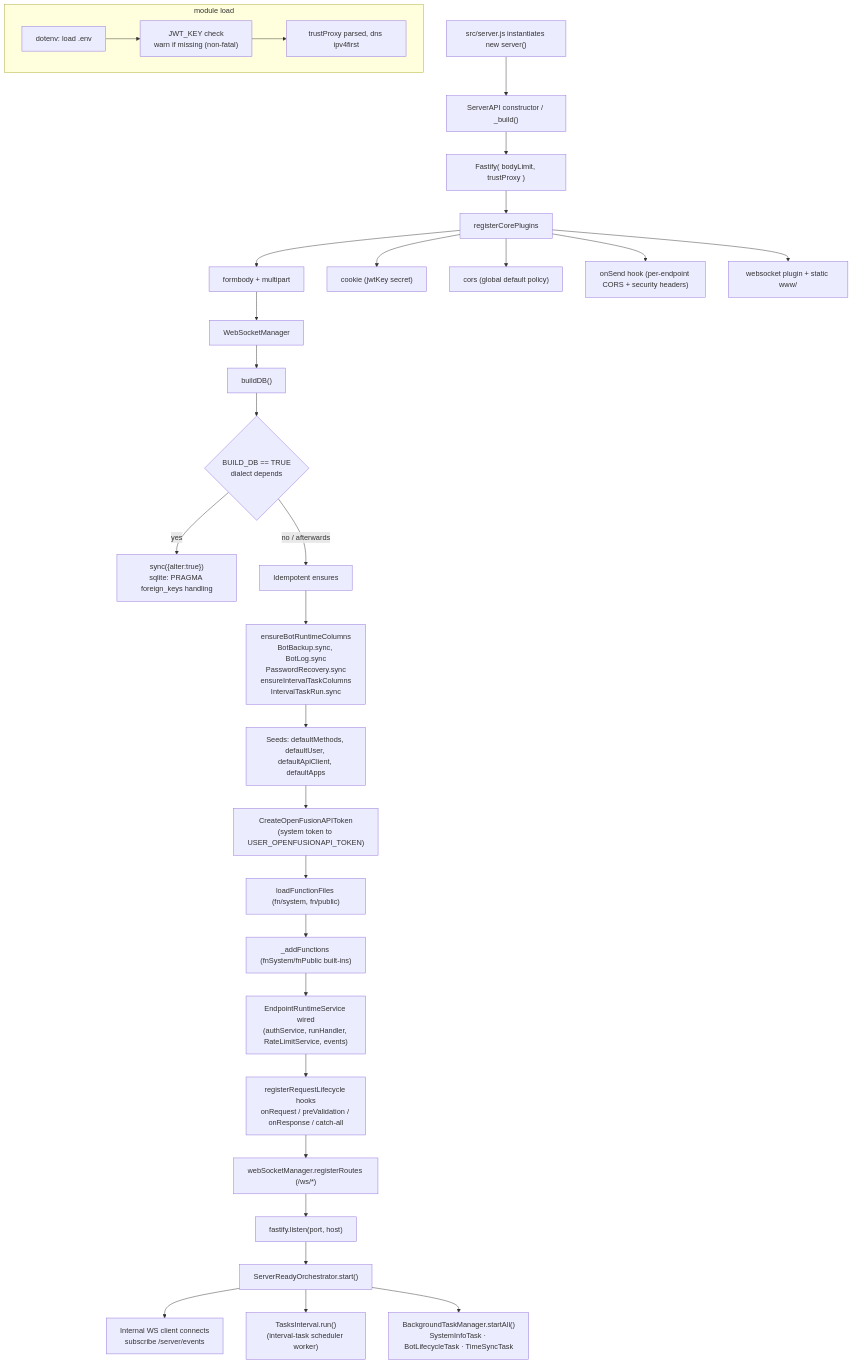
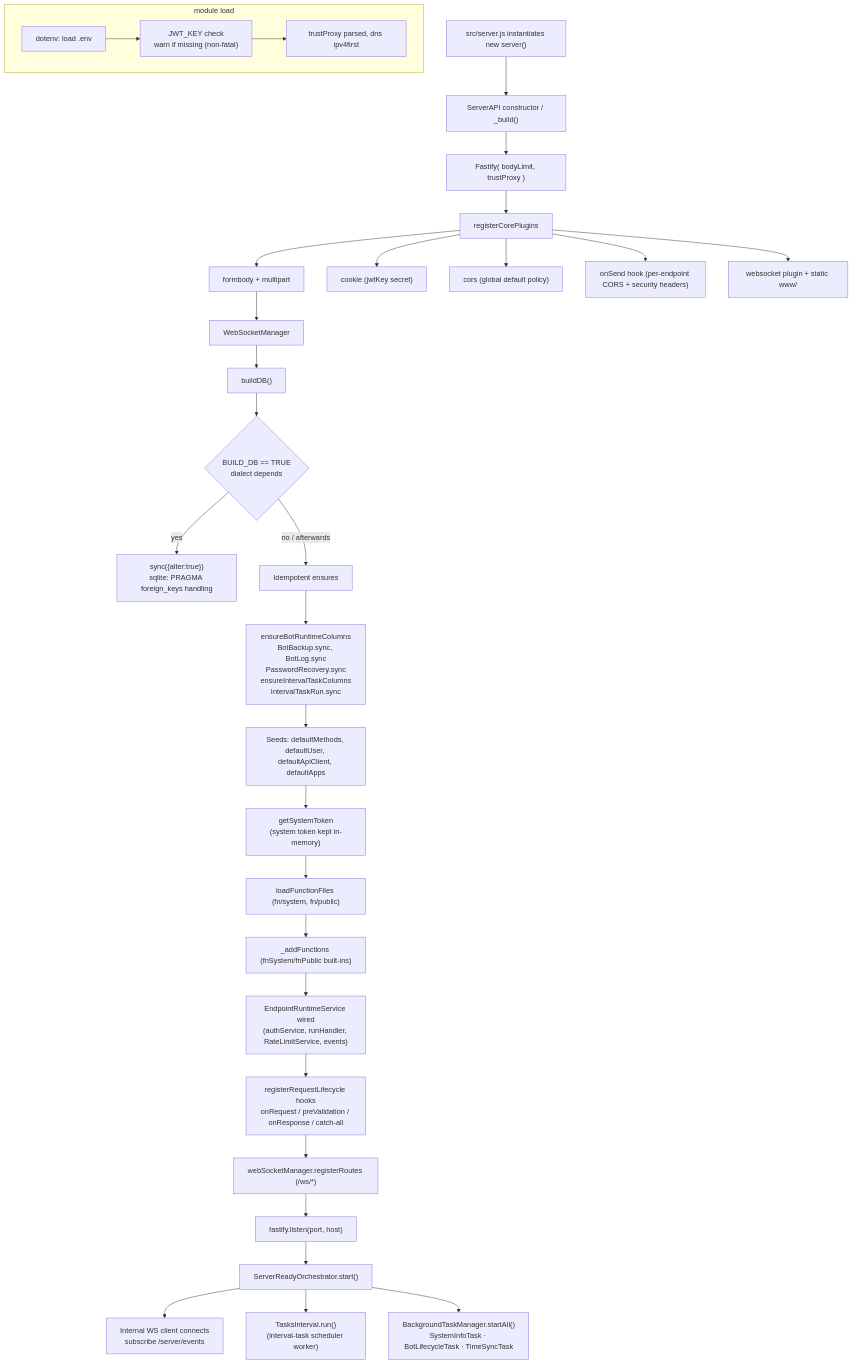
Before and after one commit to rdsslab/libOpenFusionAPI: the first of 3 diagrams in src/docs/flows/PLATFORM.md, drawn with Mermaid. The commit also changed 11 other files, not shown here.

First line of the commit message:
feat(system): migracion de hashes de password + token de sistema en memoria

````diff
--- a/src/docs/flows/PLATFORM.md
+++ b/src/docs/flows/PLATFORM.md
@@ -14,38 +14,38 @@
 ```mermaid
 flowchart TD
     A["src/server.js instantiates new server()"] --> B["ServerAPI constructor / _build()"]
 
     subgraph boot["module load"]
         C["dotenv: load .env"] --> D["JWT_KEY check<br/>warn if missing (non-fatal)"]
         D --> E["trustProxy parsed, dns ipv4first"]
     end
 
     B --> F["Fastify( bodyLimit, trustProxy )"]
     F --> G["registerCorePlugins"]
     G --> G1["formbody + multipart"]
     G --> G2["cookie (jwtKey secret)"]
     G --> G3["cors (global default policy)"]
     G --> G4["onSend hook (per-endpoint CORS + security headers)"]
     G --> G5["websocket plugin + static www/"]
     G1 --> H
 
     H["WebSocketManager"] --> I["buildDB()"]
     I --> I1{"BUILD_DB == TRUE<br/>dialect depends"}
     I1 -- "yes" --> I2["sync({alter:true})<br/>sqlite: PRAGMA foreign_keys handling"]
     I1 -- "no / afterwards" --> I3["Idempotent ensures"]
     I3 --> I4["ensureBotRuntimeColumns<br/>BotBackup.sync, BotLog.sync<br/>PasswordRecovery.sync<br/>ensureIntervalTaskColumns<br/>IntervalTaskRun.sync"]
     I4 --> I5["Seeds: defaultMethods, defaultUser, defaultApiClient, defaultApps"]
-    I5 --> I6["CreateOpenFusionAPIToken<br/>(system token to USER_OPENFUSIONAPI_TOKEN)"]
+    I5 --> I6["getSystemToken<br/>(system token kept in-memory)"]
 
     I6 --> J["loadFunctionFiles (fn/system, fn/public)"]
     J --> K["_addFunctions (fnSystem/fnPublic built-ins)"]
     K --> L["EndpointRuntimeService wired<br/>(authService, runHandler, RateLimitService, events)"]
     L --> M["registerRequestLifecycle hooks<br/>onRequest / preValidation / onResponse / catch-all"]
     M --> N["webSocketManager.registerRoutes (/ws/*)"]
     N --> O["fastify.listen(port, host)"]
 
     O --> P["ServerReadyOrchestrator.start()"]
     P --> P1["Internal WS client connects<br/>subscribe /server/events"]
     P --> P2["TasksInterval.run()<br/>(interval-task scheduler worker)"]
     P --> P3["BackgroundTaskManager.startAll()<br/>SystemInfoTask · BotLifecycleTask · TimeSyncTask"]
 ```
````
